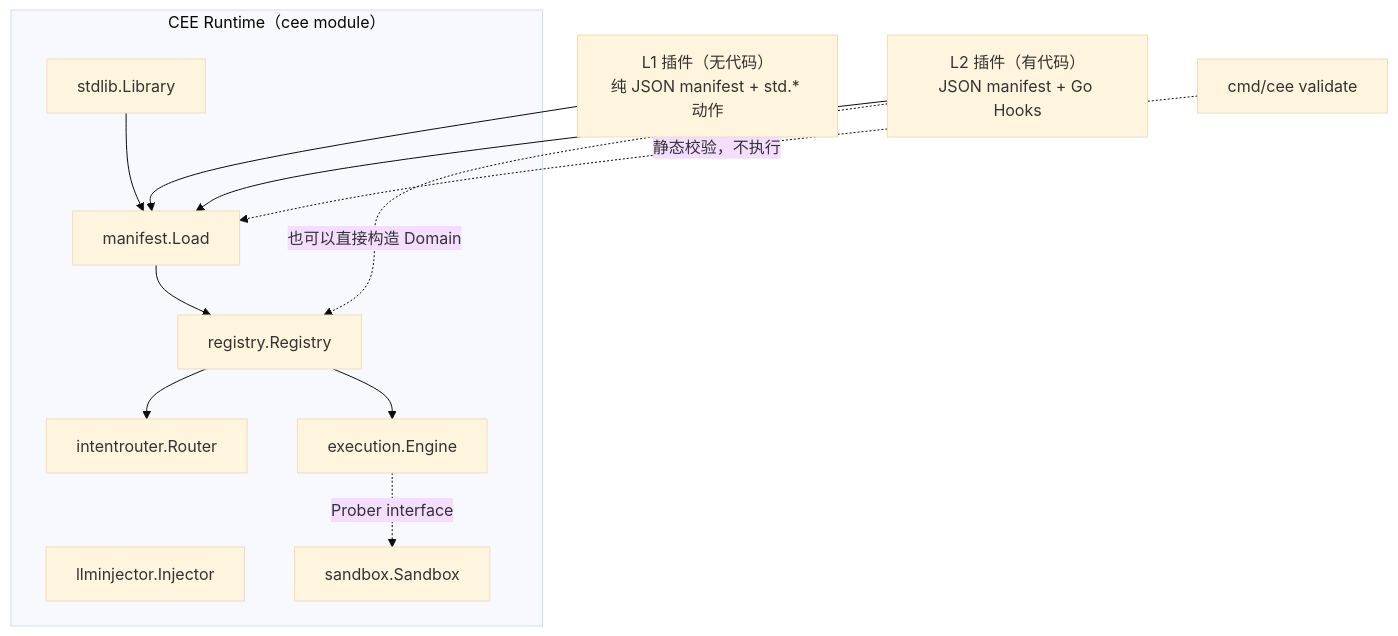
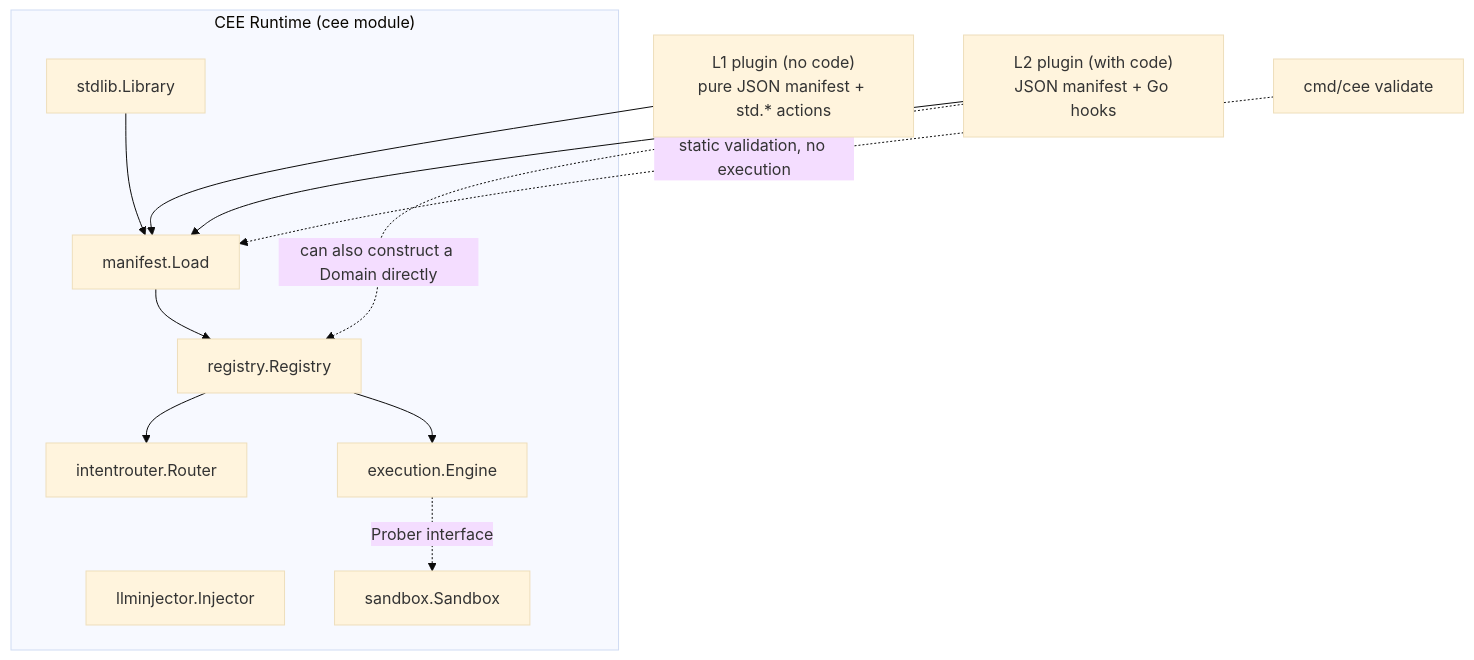
The first of 2 diagrams in docs/TECHNICAL_SPECIFICATION.md (p0nymc1/cee), drawn with Mermaid (base theme) before and after one commit. The commit also changed other lines of this file and 20 other files, not shown here.

````diff
--- a/docs/TECHNICAL_SPECIFICATION.md
+++ b/docs/TECHNICAL_SPECIFICATION.md
@@ -16,22 +20,22 @@
 ```mermaid
 flowchart TB
-    subgraph RUNTIME["CEE Runtime（cee module）"]
+    subgraph RUNTIME["CEE Runtime (cee module)"]
         IR[intentrouter.Router]
         DEE[execution.Engine]
         LLM[llminjector.Injector]
         SBX[sandbox.Sandbox]
         REG[registry.Registry]
         MAN[manifest.Load]
         STD[stdlib.Library]
         REG --> IR
         REG --> DEE
         MAN --> REG
         STD --> MAN
         DEE -. Prober interface .-> SBX
     end
 
-    L1["L1 插件（无代码）<br/>纯 JSON manifest + std.* 动作"] --> MAN
-    L2["L2 插件（有代码）<br/>JSON manifest + Go Hooks"] --> MAN
-    L2 -.也可以直接构造 Domain.-> REG
-    CLI["cmd/cee validate"] -.静态校验，不执行.-> MAN
+    L1["L1 plugin (no code)<br/>pure JSON manifest + std.* actions"] --> MAN
+    L2["L2 plugin (with code)<br/>JSON manifest + Go hooks"] --> MAN
+    L2 -.can also construct a Domain directly.-> REG
+    CLI["cmd/cee validate"] -.static validation, no execution.-> MAN
 ```
````
